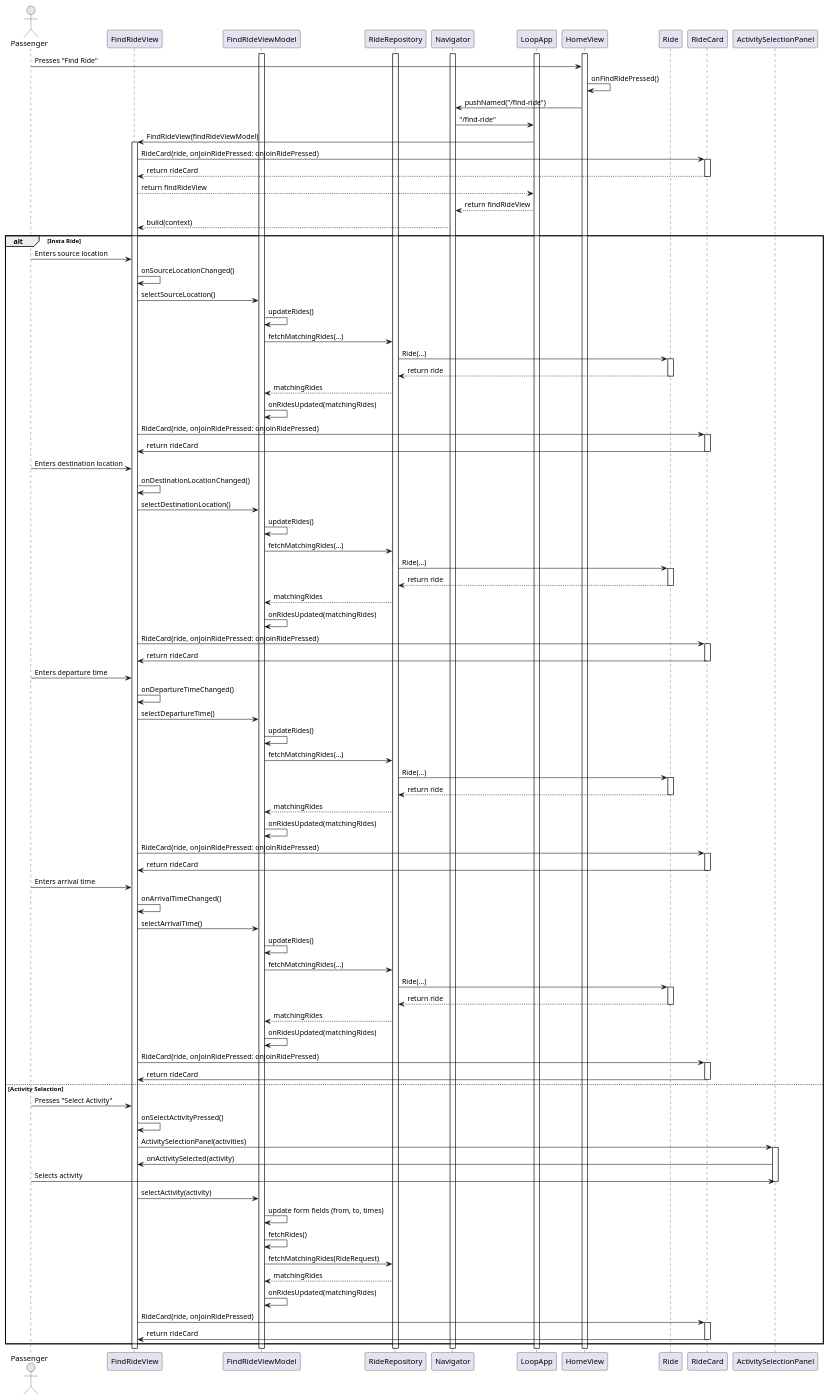
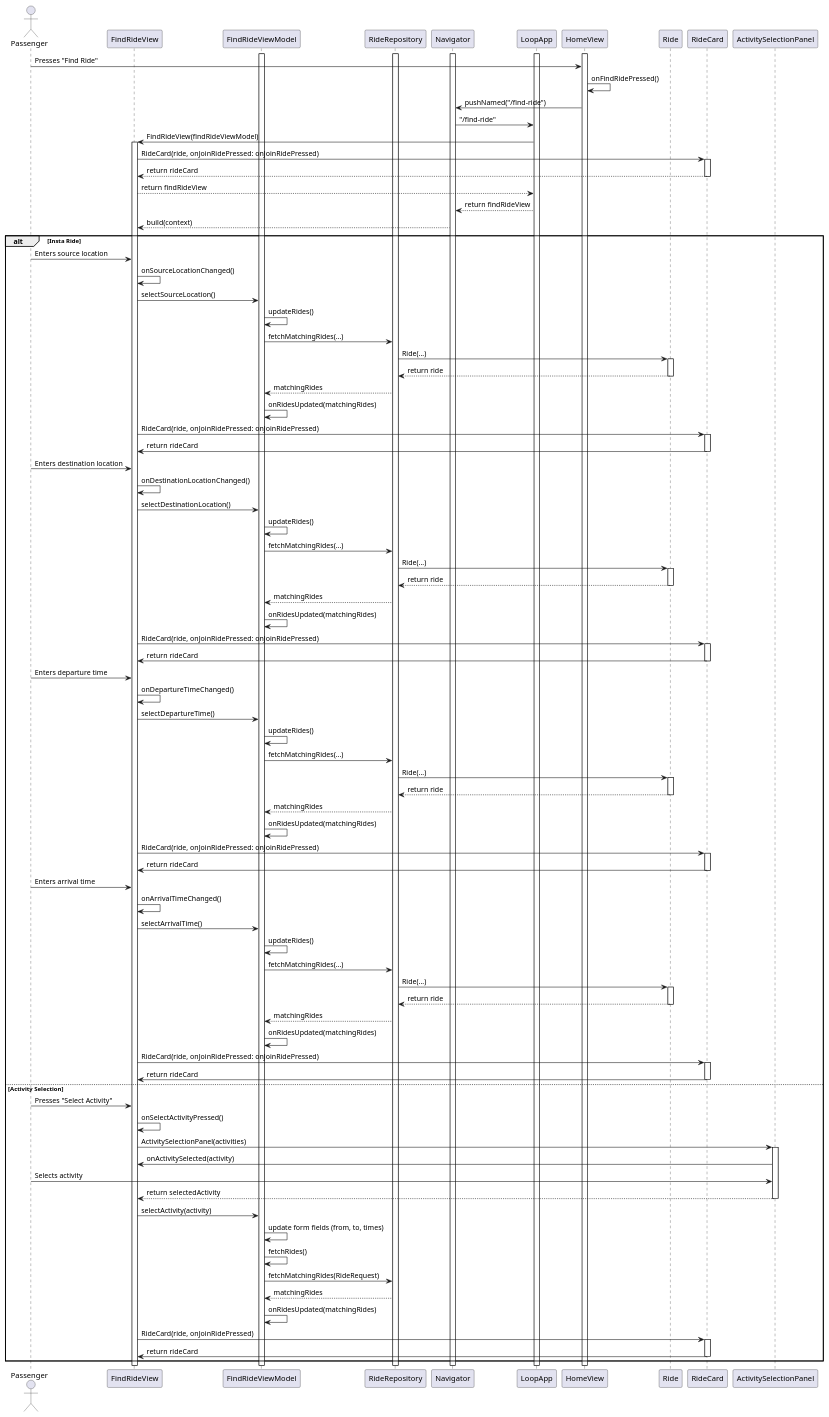
Before and after one commit to YannisRavasopoulos/ProjectSD_S6: the diagram in reports/sequence/find-ride.plantuml, drawn with PlantUML.

Commit message:
Add return of selected activity from ActivitySelectionPanel to FindRideView

```diff
--- a/reports/sequence/find-ride.plantuml
+++ b/reports/sequence/find-ride.plantuml
@@ -1,131 +1,132 @@
 @startuml
 
 actor Passenger
 
 participant FindRideView
 participant FindRideViewModel
 participant RideRepository
 participant Navigator
 participant LoopApp
 participant HomeView
 participant Ride
 participant RideCard
 
 activate LoopApp
 activate FindRideViewModel
 activate RideRepository
 activate Navigator
 activate HomeView
 
 
 Passenger -> HomeView: Presses "Find Ride"
 HomeView -> HomeView: onFindRidePressed()
 HomeView -> Navigator: pushNamed("/find-ride")
 Navigator -> LoopApp: "/find-ride"
 LoopApp -> FindRideView: FindRideView(findRideViewModel)
 activate FindRideView
 FindRideView -> RideCard: RideCard(ride, onJoinRidePressed: onJoinRidePressed)
 activate RideCard
 RideCard --> FindRideView: return rideCard
 deactivate RideCard
 FindRideView --> LoopApp: return findRideView
 LoopApp --> Navigator: return findRideView
 Navigator --> FindRideView: build(context)
 
 alt Insta Ride
 Passenger -> FindRideView: Enters source location
 FindRideView -> FindRideView: onSourceLocationChanged()
 FindRideView -> FindRideViewModel: selectSourceLocation()
 FindRideViewModel -> FindRideViewModel: updateRides()
 FindRideViewModel -> RideRepository: fetchMatchingRides(...)
 RideRepository -> Ride: Ride(...)
 activate Ride
 Ride --> RideRepository: return ride
 deactivate Ride
 RideRepository --> FindRideViewModel: matchingRides
 FindRideViewModel -> FindRideViewModel: onRidesUpdated(matchingRides)
 
 FindRideView -> RideCard: RideCard(ride, onJoinRidePressed: onJoinRidePressed)
 activate RideCard
 RideCard -> FindRideView: return rideCard
 deactivate RideCard
 Passenger -> FindRideView: Enters destination location
 FindRideView -> FindRideView: onDestinationLocationChanged()
 FindRideView -> FindRideViewModel: selectDestinationLocation()
 FindRideViewModel -> FindRideViewModel: updateRides()
 FindRideViewModel -> RideRepository: fetchMatchingRides(...)
 deactivate Ride
 RideRepository -> Ride: Ride(...)
 activate Ride
 Ride --> RideRepository: return ride
 deactivate Ride
 RideRepository --> FindRideViewModel: matchingRides
 FindRideViewModel -> FindRideViewModel: onRidesUpdated(matchingRides)
 
 FindRideView -> RideCard: RideCard(ride, onJoinRidePressed: onJoinRidePressed)
 activate RideCard
 RideCard -> FindRideView: return rideCard
 deactivate RideCard
 
 Passenger -> FindRideView: Enters departure time
 FindRideView -> FindRideView: onDepartureTimeChanged()
 FindRideView -> FindRideViewModel: selectDepartureTime()
 FindRideViewModel -> FindRideViewModel: updateRides()
 FindRideViewModel -> RideRepository: fetchMatchingRides(...)
 
 RideRepository -> Ride: Ride(...)
 activate Ride
 Ride --> RideRepository: return ride
 deactivate Ride
 RideRepository --> FindRideViewModel: matchingRides
 FindRideViewModel -> FindRideViewModel: onRidesUpdated(matchingRides)
 
 FindRideView -> RideCard: RideCard(ride, onJoinRidePressed: onJoinRidePressed)
 activate RideCard
 RideCard -> FindRideView: return rideCard
 deactivate RideCard
 Passenger -> FindRideView: Enters arrival time
 FindRideView -> FindRideView: onArrivalTimeChanged()
 FindRideView -> FindRideViewModel: selectArrivalTime()
 FindRideViewModel -> FindRideViewModel: updateRides()
 FindRideViewModel -> RideRepository: fetchMatchingRides(...)
 
 RideRepository -> Ride: Ride(...)
 activate Ride
 Ride --> RideRepository: return ride
 deactivate Ride
 RideRepository --> FindRideViewModel: matchingRides
 FindRideViewModel -> FindRideViewModel: onRidesUpdated(matchingRides)
 
 FindRideView -> RideCard: RideCard(ride, onJoinRidePressed: onJoinRidePressed)
 activate RideCard
 RideCard -> FindRideView: return rideCard
    deactivate RideCard
 else Activity Selection
     Passenger -> FindRideView: Presses "Select Activity"
     FindRideView -> FindRideView: onSelectActivityPressed()
     FindRideView -> ActivitySelectionPanel: ActivitySelectionPanel(activities)
     activate ActivitySelectionPanel
     ActivitySelectionPanel -> FindRideView: onActivitySelected(activity)
    
     Passenger -> ActivitySelectionPanel: Selects activity
+    ActivitySelectionPanel --> FindRideView: return selectedActivity
      deactivate ActivitySelectionPanel
     FindRideView -> FindRideViewModel: selectActivity(activity)
 
     
     FindRideViewModel -> FindRideViewModel: update form fields (from, to, times)
     FindRideViewModel -> FindRideViewModel: fetchRides()
     FindRideViewModel -> RideRepository: fetchMatchingRides(RideRequest)
 
     RideRepository --> FindRideViewModel: matchingRides
    
     FindRideViewModel -> FindRideViewModel: onRidesUpdated(matchingRides)
    
   
     FindRideView -> RideCard: RideCard(ride, onJoinRidePressed)
    activate RideCard
     RideCard -> FindRideView: return rideCard
     deactivate RideCard
 end
 
 @enduml
```
